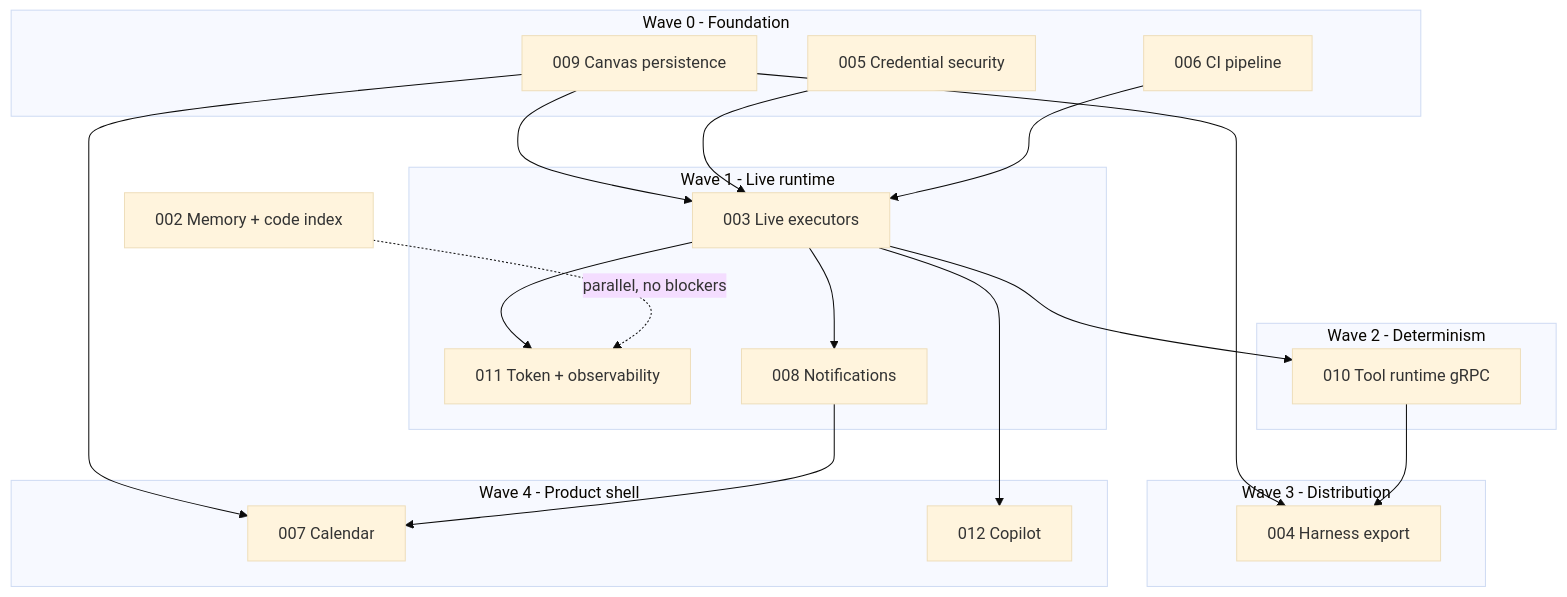
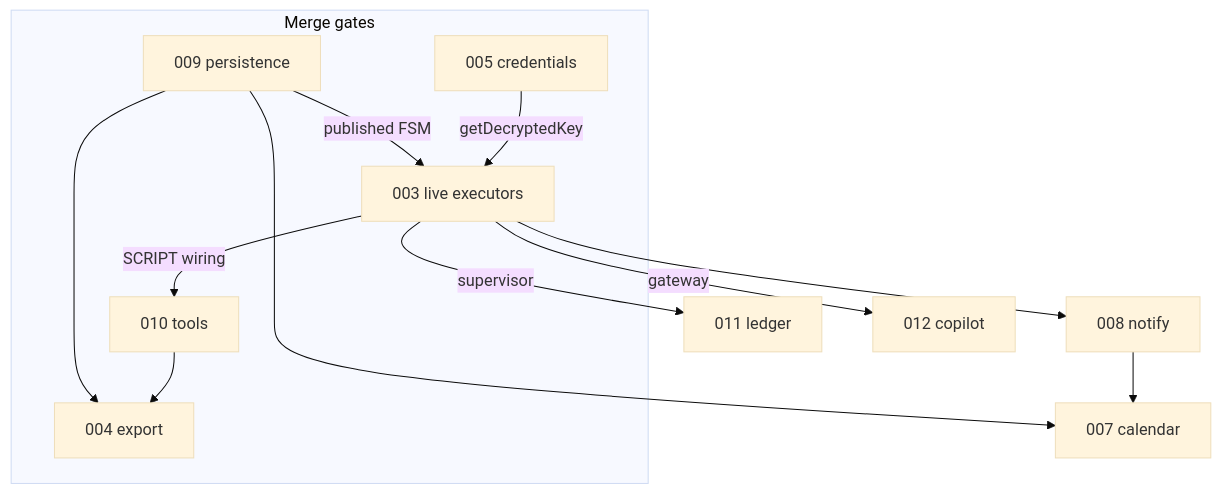
Before and after one commit to AkhtarShadab/FSM_Workflow_creator: the first of 2 diagrams in FeatureShipping/000-completion-roadmap.md, drawn with Mermaid (base theme). The commit also changed other lines of this file and 13 other files, not shown here.

First line of the commit message:
Parallelize the v1 ship plan: lanes, file ownership, schema bootstrap

````diff
--- a/FeatureShipping/000-completion-roadmap.md
+++ b/FeatureShipping/000-completion-roadmap.md
@@ -42,37 +44,20 @@
 ```mermaid
 graph TD
-  subgraph w0 [Wave 0 - Foundation]
-    D009["009 Canvas persistence"]
-    D005["005 Credential security"]
-    D006["006 CI pipeline"]
+  subgraph mergeGates [Merge gates]
+    D009["009 persistence"]
+    D005["005 credentials"]
+    D003["003 live executors"]
+    D010["010 tools"]
+    D004["004 export"]
   end
-  subgraph w1 [Wave 1 - Live runtime]
-    D003["003 Live executors"]
-    D011["011 Token + observability"]
-    D008["008 Notifications"]
-  end
-  subgraph w2 [Wave 2 - Determinism]
-    D010["010 Tool runtime gRPC"]
-  end
-  subgraph w3 [Wave 3 - Distribution]
-    D004["004 Harness export"]
-  end
-  subgraph w4 [Wave 4 - Product shell]
-    D007["007 Calendar"]
-    D012["012 Copilot"]
-  end
-  D002["002 Memory + code index"]
-
-  D009 --> D003
-  D005 --> D003
-  D006 --> D003
-  D003 --> D011
-  D003 --> D008
-  D003 --> D010
-  D003 --> D012
+  D009 -->|"published FSM"| D003
+  D005 -->|"getDecryptedKey"| D003
+  D003 -->|"supervisor"| D011["011 ledger"]
+  D003 --> D008["008 notify"]
+  D003 -->|"SCRIPT wiring"| D010
+  D003 -->|"gateway"| D012["012 copilot"]
   D009 --> D004
   D010 --> D004
-  D009 --> D007
+  D009 --> D007["007 calendar"]
   D008 --> D007
-  D002 -.->|"parallel, no blockers"| D011
 ```
````
